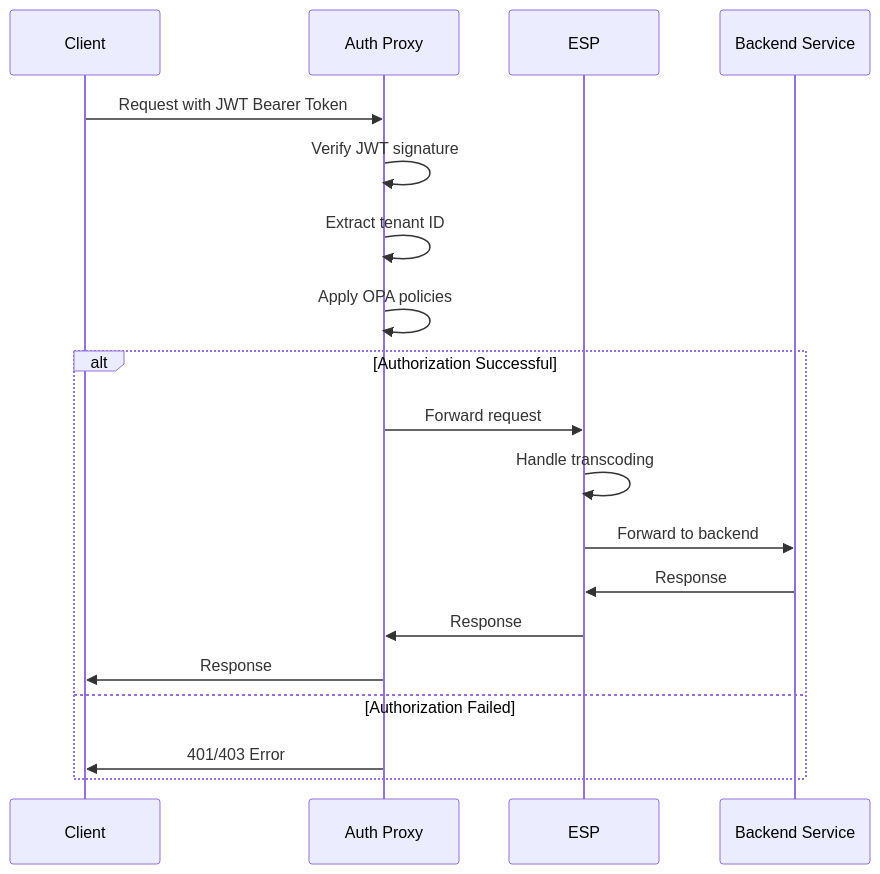
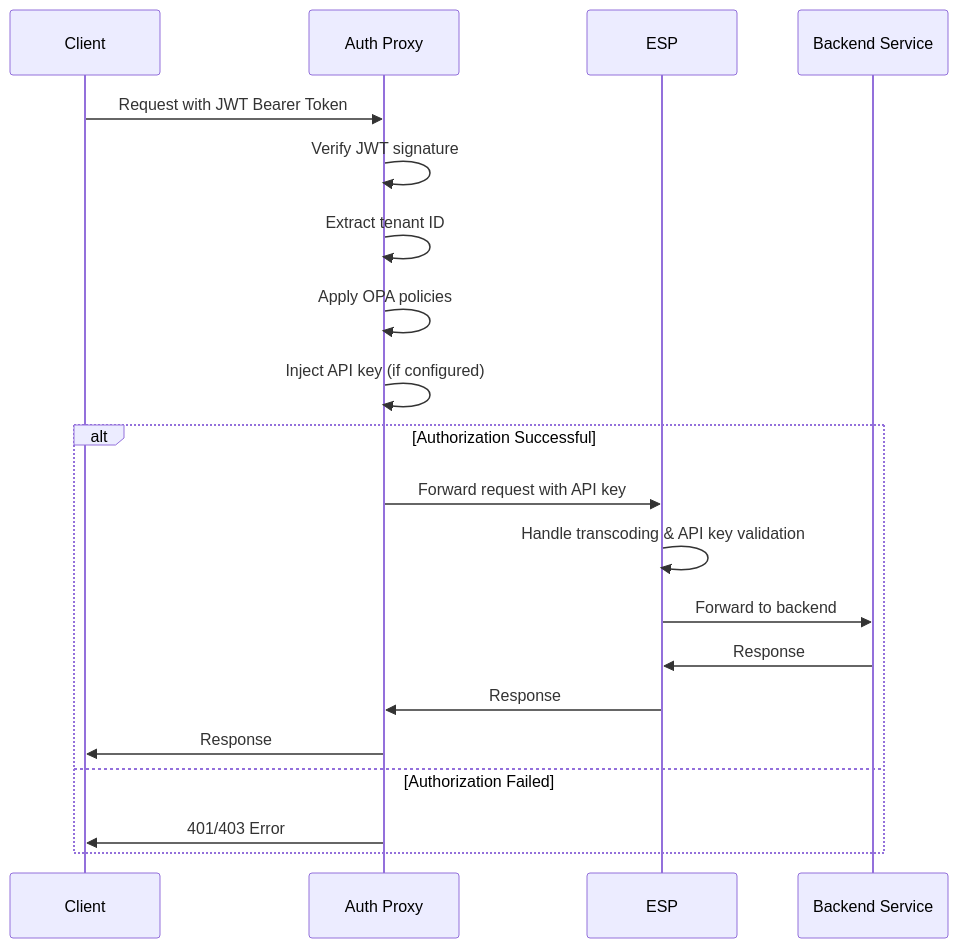
One commit to emphereio/auth-proxy changed the second of 2 diagrams in README.md. Above: the diagram before and after it, drawn with Mermaid. The commit also changed other lines of this file, not shown here.

````diff
--- a/README.md
+++ b/README.md
@@ -31,23 +35,24 @@
 ```mermaid
 sequenceDiagram
     participant C as Client
     participant AP as Auth Proxy
     participant ESP as ESP
     participant BE as Backend Service
     
     C->>AP: Request with JWT Bearer Token
     AP->>AP: Verify JWT signature
     AP->>AP: Extract tenant ID
     AP->>AP: Apply OPA policies
+    AP->>AP: Inject API key (if configured)
     
     alt Authorization Successful
-        AP->>ESP: Forward request
-        ESP->>ESP: Handle transcoding
+        AP->>ESP: Forward request with API key
+        ESP->>ESP: Handle transcoding & API key validation
         ESP->>BE: Forward to backend
         BE->>ESP: Response
         ESP->>AP: Response
         AP->>C: Response
     else Authorization Failed
         AP->>C: 401/403 Error
     end
 ```
````
